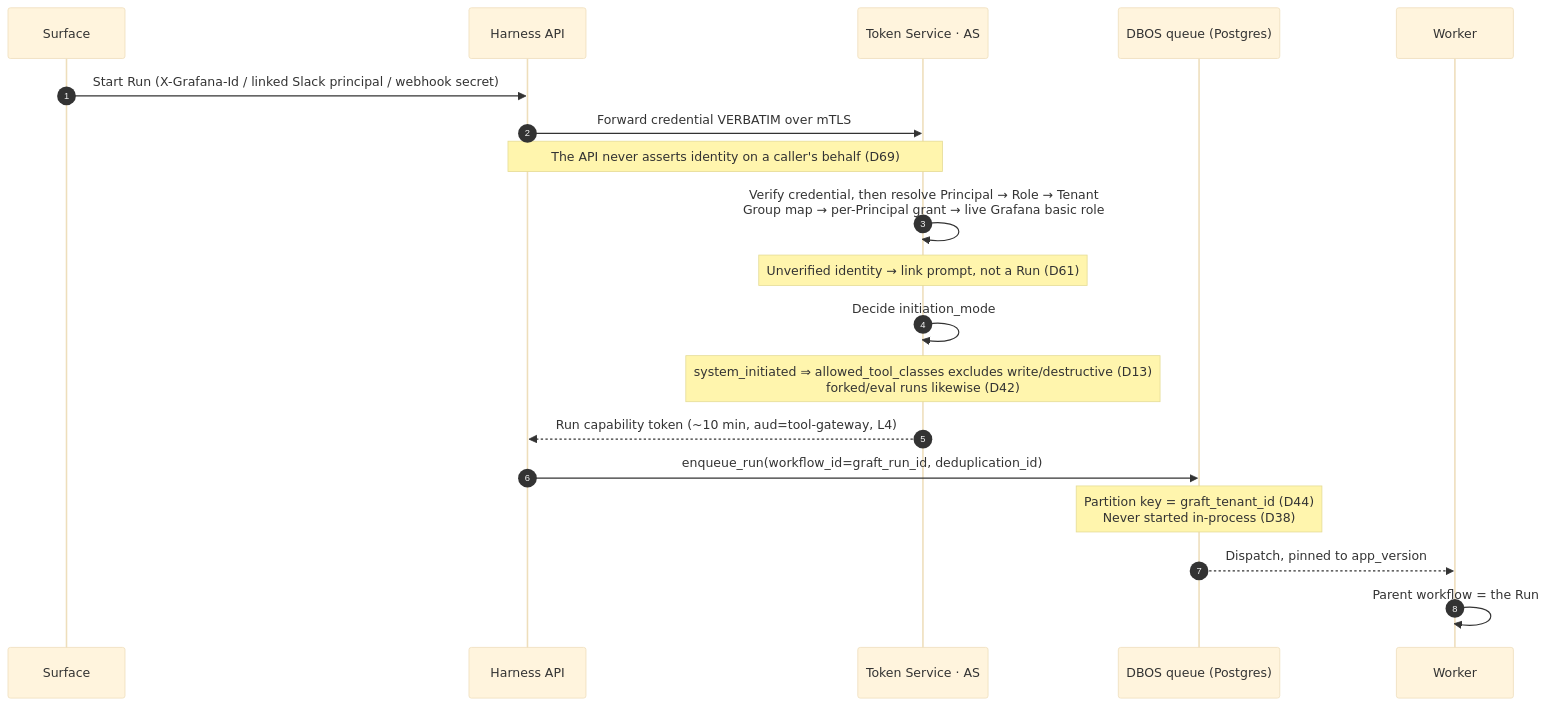
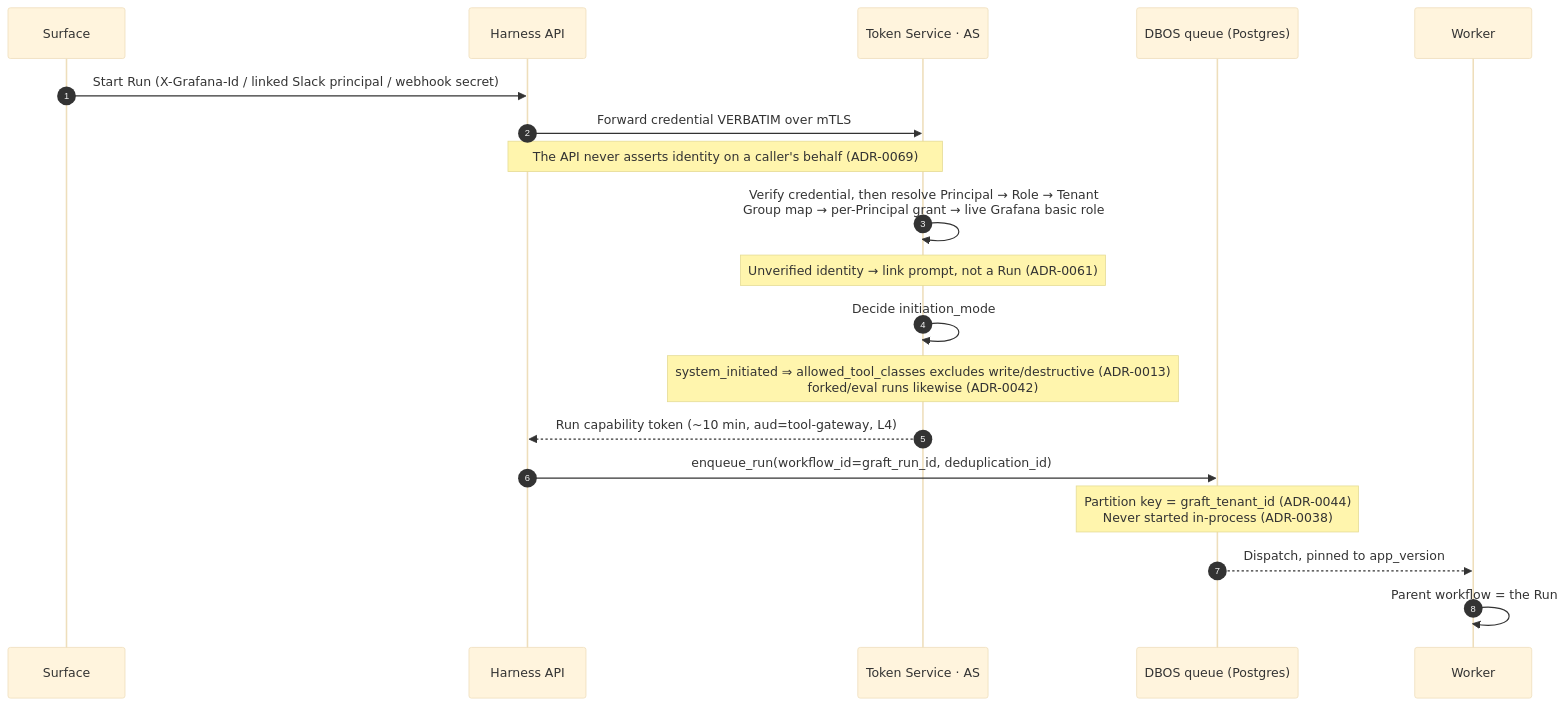
One commit to vikshana/graft-agent-harness changed the second of 8 diagrams in docs/diagrams/c4-l2-containers.md. Above: the diagram before and after it, drawn with Mermaid (base theme). The commit also changed other lines of this file and 120 other files, not shown here.

````diff
--- a/docs/diagrams/c4-l2-containers.md
+++ b/docs/diagrams/c4-l2-containers.md
@@ -302,22 +302,22 @@
 ```mermaid
 sequenceDiagram
     autonumber
     participant S as Surface
     participant API as Harness API
     participant TS as Token Service · AS
     participant Q as DBOS queue (Postgres)
     participant W as Worker
 
     S->>API: Start Run (X-Grafana-Id / linked Slack principal / webhook secret)
     API->>TS: Forward credential VERBATIM over mTLS
-    Note over API,TS: The API never asserts identity on a caller's behalf (D69)
+    Note over API,TS: The API never asserts identity on a caller's behalf (ADR-0069)
     TS->>TS: Verify credential, then resolve Principal → Role → Tenant<br/>Group map → per-Principal grant → live Grafana basic role
-    Note over TS: Unverified identity → link prompt, not a Run (D61)
+    Note over TS: Unverified identity → link prompt, not a Run (ADR-0061)
     TS->>TS: Decide initiation_mode
-    Note over TS: system_initiated ⇒ allowed_tool_classes excludes write/destructive (D13)<br/>forked/eval runs likewise (D42)
+    Note over TS: system_initiated ⇒ allowed_tool_classes excludes write/destructive (ADR-0013)<br/>forked/eval runs likewise (ADR-0042)
     TS-->>API: Run capability token (~10 min, aud=tool-gateway, L4)
     API->>Q: enqueue_run(workflow_id=graft_run_id, deduplication_id)
-    Note over Q: Partition key = graft_tenant_id (D44)<br/>Never started in-process (D38)
+    Note over Q: Partition key = graft_tenant_id (ADR-0044)<br/>Never started in-process (ADR-0038)
     Q-->>W: Dispatch, pinned to app_version
     W->>W: Parent workflow = the Run
 ```
````
